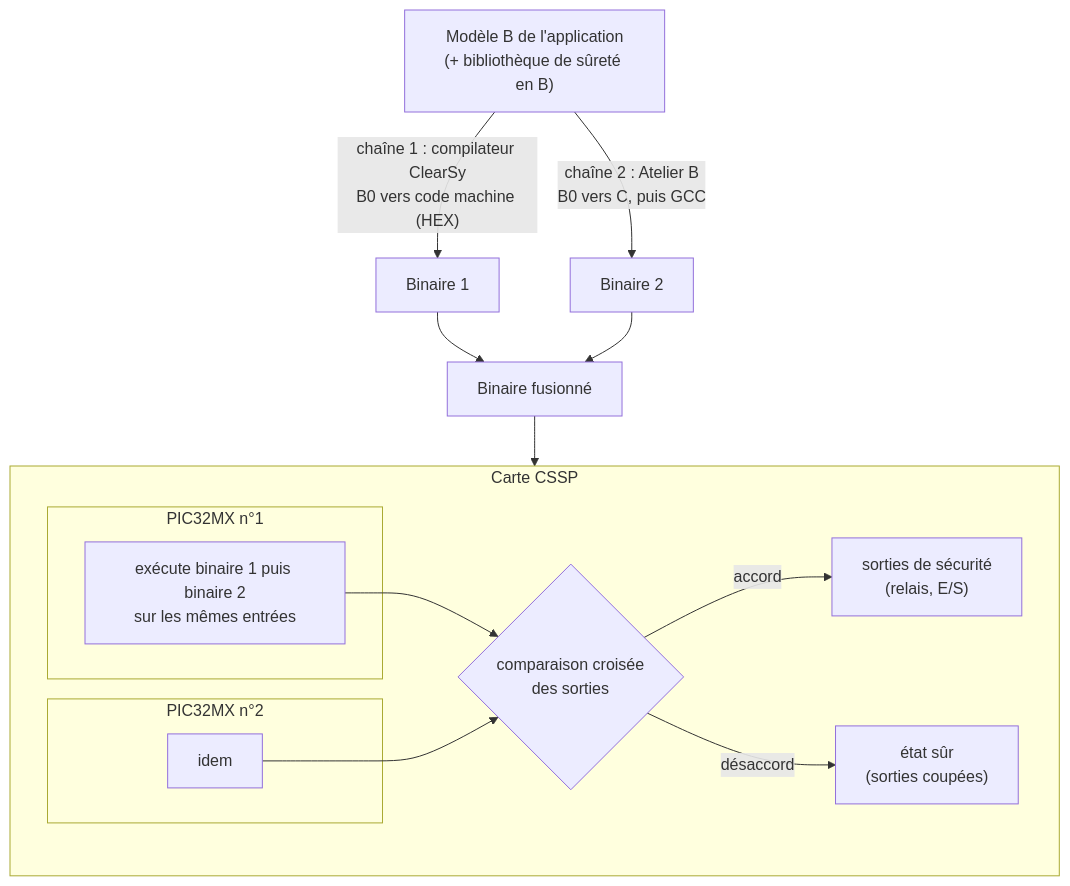
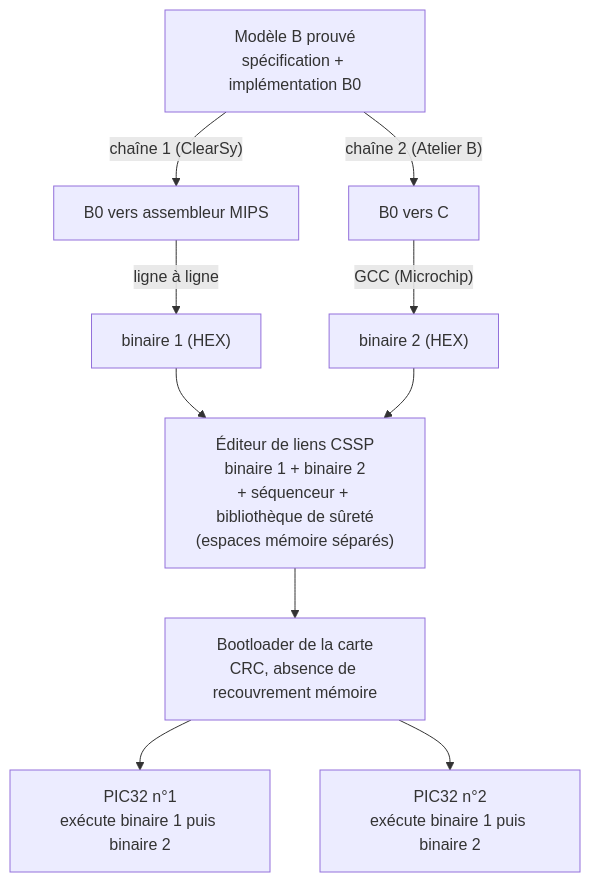
Before and after one commit to zakiller34/lean-proofs: the sixth of 11 diagrams in notes/clearsy-b-eventb-guide.md, drawn with Mermaid. The commit also changed other lines of this file, not shown here.

First line of the commit message:
Rewrite CSSP section of ClearSy guide from the official programming handbook

````diff
--- a/notes/clearsy-b-eventb-guide.md
+++ b/notes/clearsy-b-eventb-guide.md
@@ -445,24 +510,13 @@
 ```mermaid
 flowchart TB
-    MODEL["Modèle B de l'application<br/>(+ bibliothèque de sûreté en B)"]
-    MODEL -->|"chaîne 1 : compilateur ClearSy<br/>B0 vers code machine (HEX)"| BIN1["Binaire 1"]
-    MODEL -->|"chaîne 2 : Atelier B<br/>B0 vers C, puis GCC"| BIN2["Binaire 2"]
-    BIN1 --> MERGE["Binaire fusionné"]
-    BIN2 --> MERGE
-
-    subgraph CARTE["Carte CSSP"]
-      direction LR
-      subgraph MCU1["PIC32MX n°1"]
-        X1["exécute binaire 1 puis binaire 2<br/>sur les mêmes entrées"]
-      end
-      subgraph MCU2["PIC32MX n°2"]
-        X2["idem"]
-      end
-      CMP{"comparaison croisée<br/>des sorties"}
-      X1 --> CMP
-      X2 --> CMP
-      CMP -->|"accord"| OUTP["sorties de sécurité<br/>(relais, E/S)"]
-      CMP -->|"désaccord"| SAFE["état sûr<br/>(sorties coupées)"]
-    end
-    MERGE --> CARTE
+    MODEL["Modèle B prouvé<br/>spécification + implémentation B0"]
+    MODEL -->|"chaîne 1 (ClearSy)"| ASM["B0 vers assembleur MIPS"]
+    ASM -->|"ligne à ligne"| BIN1["binaire 1 (HEX)"]
+    MODEL -->|"chaîne 2 (Atelier B)"| CGEN["B0 vers C"]
+    CGEN -->|"GCC (Microchip)"| BIN2["binaire 2 (HEX)"]
+    BIN1 --> LINK["Éditeur de liens CSSP<br/>binaire 1 + binaire 2<br/>+ séquenceur + bibliothèque de sûreté<br/>(espaces mémoire séparés)"]
+    BIN2 --> LINK
+    LINK --> BOOT["Bootloader de la carte<br/>CRC, absence de recouvrement mémoire"]
+    BOOT --> MCU1["PIC32 n°1<br/>exécute binaire 1 puis binaire 2"]
+    BOOT --> MCU2["PIC32 n°2<br/>exécute binaire 1 puis binaire 2"]
 ```
````
